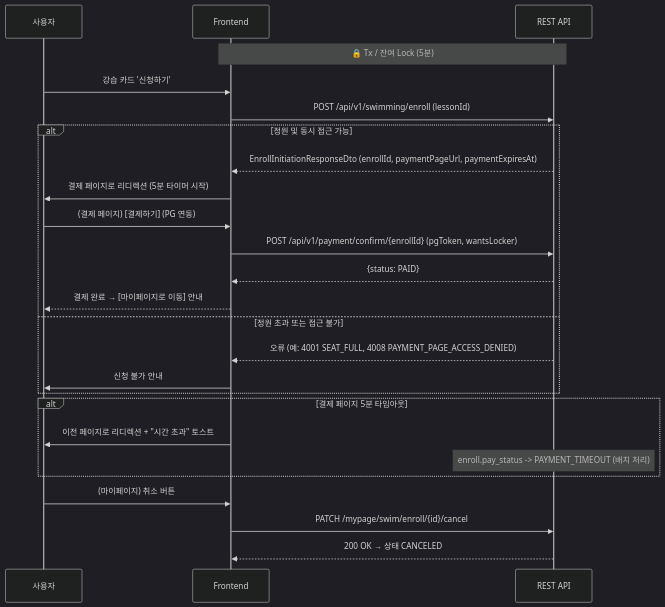
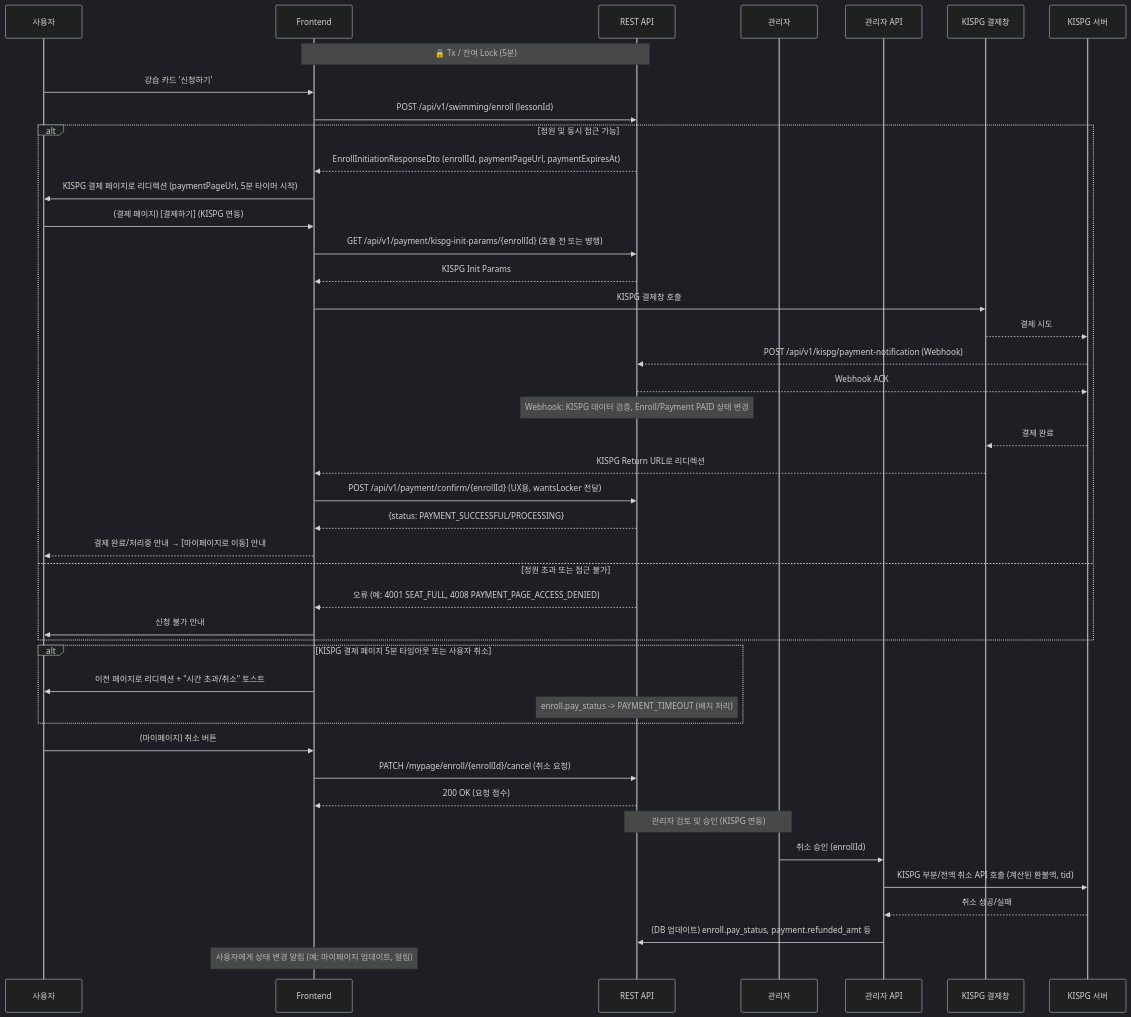
The diagram in Docs/cms/swim-overview.md (Russ481-k/arpina-server), drawn with Mermaid (dark theme) before and after one commit. The commit also changed other lines of this file and 7 other files, not shown here.

First line of the commit message:
Add KISPG payment integration documentation and update related files

````diff
--- a/Docs/cms/swim-overview.md
+++ b/Docs/cms/swim-overview.md
@@ -33,28 +33,49 @@
   ```mermaid
   sequenceDiagram
       participant U as 사용자
       participant FE as Frontend
       participant API as REST API
+      participant ADM as 관리자
+      participant BO as 관리자 API
+      participant KISPG_Window as KISPG 결제창
+      participant KISPG_Server as KISPG 서버
+
       Note over FE,API: 🔒 Tx / 잔여 Lock (5분)
       U->>FE: 강습 카드 '신청하기'
       FE->>API: POST /api/v1/swimming/enroll (lessonId)
       alt 정원 및 동시 접근 가능
         API-->>FE: EnrollInitiationResponseDto (enrollId, paymentPageUrl, paymentExpiresAt)
-        FE->>U: 결제 페이지로 리디렉션 (5분 타이머 시작)
-        U->>FE: (결제 페이지) [결제하기] (PG 연동)
-        FE->>API: POST /api/v1/payment/confirm/{enrollId} (pgToken, wantsLocker)
-        API-->>FE: {status: PAID}
-        FE-->>U: 결제 완료 → [마이페이지로 이동] 안내
+        FE->>U: KISPG 결제 페이지로 리디렉션 (paymentPageUrl, 5분 타이머 시작)
+        U->>FE: (결제 페이지) [결제하기] (KISPG 연동)
+        FE->>API: GET /api/v1/payment/kispg-init-params/{enrollId} (호출 전 또는 병행)
+        API-->>FE: KISPG Init Params
+        FE->>KISPG_Window: KISPG 결제창 호출
+        KISPG_Window-->>KISPG_Server: 결제 시도
+        KISPG_Server-->>API: POST /api/v1/kispg/payment-notification (Webhook)
+        API-->>KISPG_Server: Webhook ACK
+        Note over API: Webhook: KISPG 데이터 검증, Enroll/Payment PAID 상태 변경
+        KISPG_Server-->>KISPG_Window: 결제 완료
+        KISPG_Window-->>FE: KISPG Return URL로 리디렉션
+        FE->>API: POST /api/v1/payment/confirm/{enrollId} (UX용, wantsLocker 전달)
+        API-->>FE: {status: PAYMENT_SUCCESSFUL/PROCESSING}
+        FE-->>U: 결제 완료/처리중 안내 → [마이페이지로 이동] 안내
       else 정원 초과 또는 접근 불가
         API-->>FE: 오류 (예: 4001 SEAT_FULL, 4008 PAYMENT_PAGE_ACCESS_DENIED)
         FE->>U: 신청 불가 안내
       end
-      alt 결제 페이지 5분 타임아웃
-        FE->>U: 이전 페이지로 리디렉션 + "시간 초과" 토스트
+      alt KISPG 결제 페이지 5분 타임아웃 또는 사용자 취소
+        FE->>U: 이전 페이지로 리디렉션 + "시간 초과/취소" 토스트
         Note over API: enroll.pay_status -> PAYMENT_TIMEOUT (배치 처리)
       end
 
       U->>FE: (마이페이지) 취소 버튼
-      FE->>API: PATCH /mypage/swim/enroll/{id}/cancel
-      API-->>FE: 200 OK → 상태 CANCELED
+      FE->>API: PATCH /mypage/enroll/{enrollId}/cancel (취소 요청)
+      API-->>FE: 200 OK (요청 접수)
+
+      Note over API,ADM: 관리자 검토 및 승인 (KISPG 연동)
+      ADM->>BO: 취소 승인 (enrollId)
+      BO->>KISPG_Server: KISPG 부분/전액 취소 API 호출 (계산된 환불액, tid)
+      KISPG_Server-->>BO: 취소 성공/실패
+      BO->>API: (DB 업데이트) enroll.pay_status, payment.refunded_amt 등
+      Note over FE: 사용자에게 상태 변경 알림 (예: 마이페이지 업데이트, 알림)
   ```
````
